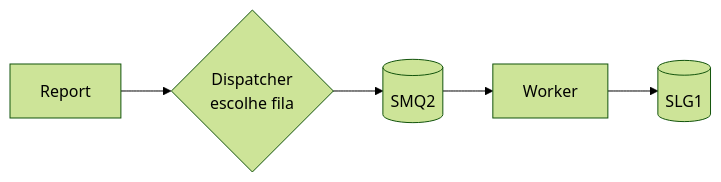
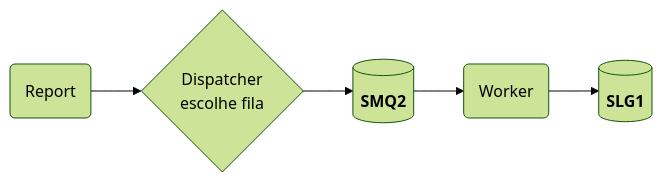
Before and after one commit to edmilson-nascimento/queue-process: the first of 2 diagrams in README.md, drawn with Mermaid (forest theme). The commit also changed other lines of this file, not shown here.

Commit message:
Enhance flowchart readability in README.md by bolding key terms for improved clarity

````diff
--- a/README.md
+++ b/README.md
@@ -21,7 +21,8 @@
 ```mermaid
+%%{init: { 'flowchart': { 'curve': 'basis' } } }%%
 flowchart LR
-    R[Report] --> D{Dispatcher<br/>escolhe fila}
-    D --> Q[(SMQ2)]
-    Q --> W[Worker]
-    W --> L[(SLG1)]
+    R("Report") --> D{"Dispatcher<br/>escolhe fila"}
+    D --> Q[("<b>SMQ2</b>")]
+    Q --> W("Worker")
+    W --> L[("<b>SLG1</b>")]
 ```
````
